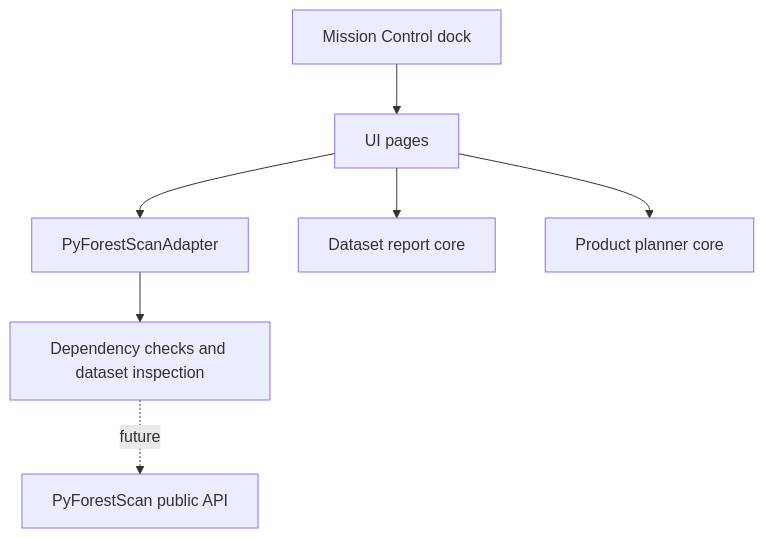
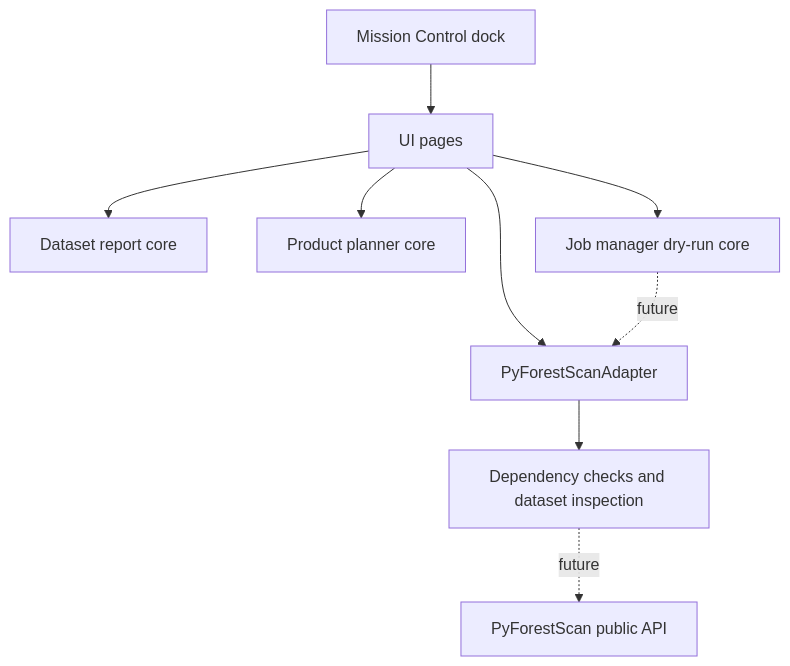
The first of 2 diagrams in docs/ui/MISSION_CONTROL.md (sticholas/pyforestscan-qgis), drawn with Mermaid before and after one commit. The commit also changed other lines of this file and 10 other files, not shown here.

Commit message:
Phase 8A: Implement dry-run job execution framework

````diff
--- a/docs/ui/MISSION_CONTROL.md
+++ b/docs/ui/MISSION_CONTROL.md
@@ -10,9 +10,11 @@
 ```mermaid
 flowchart TD
     A["Mission Control dock"] --> B["UI pages"]
     B --> C["PyForestScanAdapter"]
     B --> D["Dataset report core"]
     B --> E["Product planner core"]
+    B --> H["Job manager dry-run core"]
     C --> F["Dependency checks and dataset inspection"]
+    H -."future".-> C
     F -."future".-> G["PyForestScan public API"]
 ```
````
